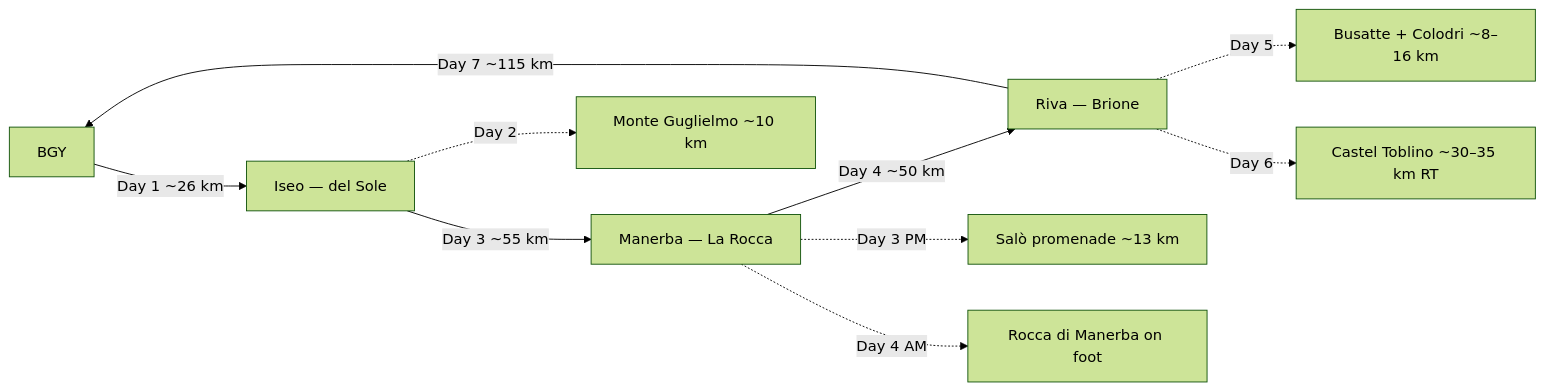
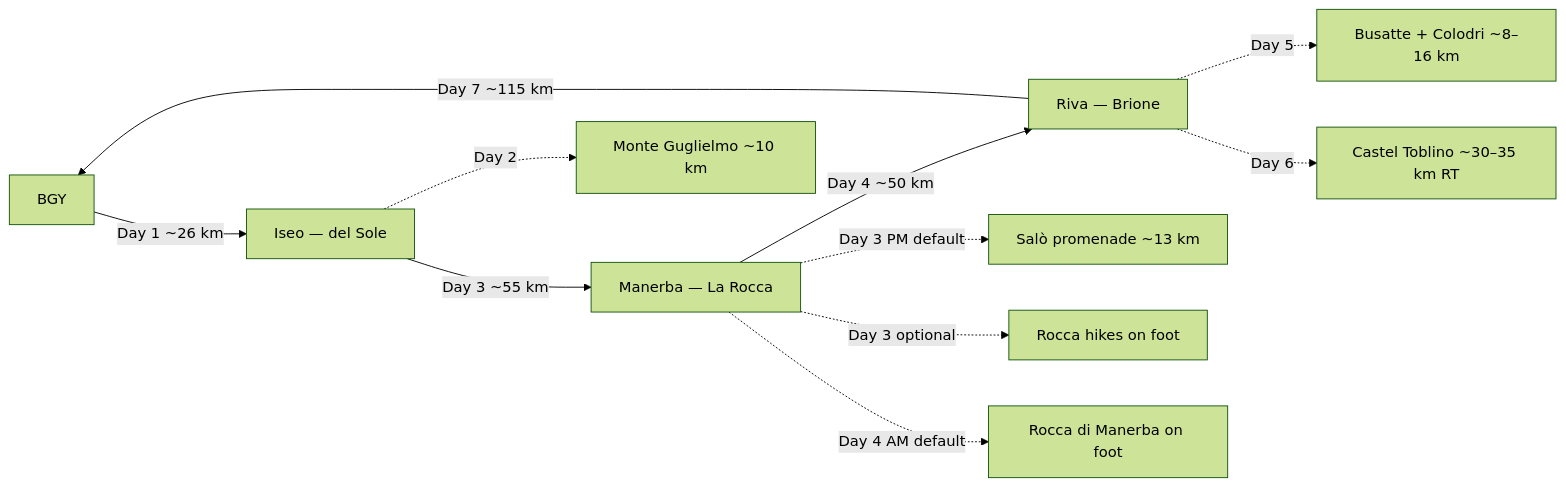
Before and after one commit to pszmk/wyjazd_w_dolomity_2026: the diagram in version-c/PLAN.md, drawn with Mermaid (forest theme). The commit also changed other lines of this file and 4 other files, not shown here.

First line of the commit message:
Add optional hiking day for Rocca di Manerba to Version C itinerary.

````diff
--- a/version-c/PLAN.md
+++ b/version-c/PLAN.md
@@ -39,13 +39,14 @@
 ```mermaid
 flowchart LR
   BGY -->|"Day 1 ~26 km"| IseoCamp["Iseo — del Sole"]
   IseoCamp -->|"Day 3 ~55 km"| ManerbaCamp["Manerba — La Rocca"]
   ManerbaCamp -->|"Day 4 ~50 km"| RivaCamp["Riva — Brione"]
   RivaCamp -->|"Day 7 ~115 km"| BGY
 
   IseoCamp -.->|"Day 2"| MonteGuglielmo["Monte Guglielmo ~10 km"]
-  ManerbaCamp -.->|"Day 3 PM"| SaloPromenade["Salò promenade ~13 km"]
-  ManerbaCamp -.->|"Day 4 AM"| RoccaHike["Rocca di Manerba on foot"]
+  ManerbaCamp -.->|"Day 3 PM default"| SaloPromenade["Salò promenade ~13 km"]
+  ManerbaCamp -.->|"Day 3 optional"| RoccaHikeDay3["Rocca hikes on foot"]
+  ManerbaCamp -.->|"Day 4 AM default"| RoccaHike["Rocca di Manerba on foot"]
   RivaCamp -.->|"Day 5"| BusatteColodri["Busatte + Colodri ~8–16 km"]
   RivaCamp -.->|"Day 6"| ToblinoTrip["Castel Toblino ~30–35 km RT"]
 ```
````
